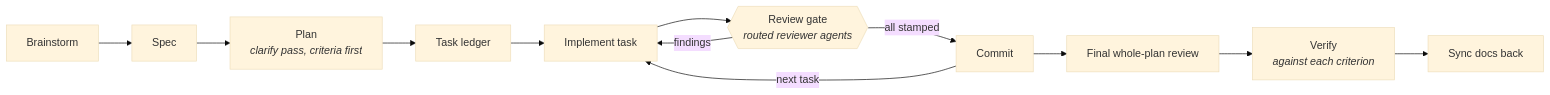
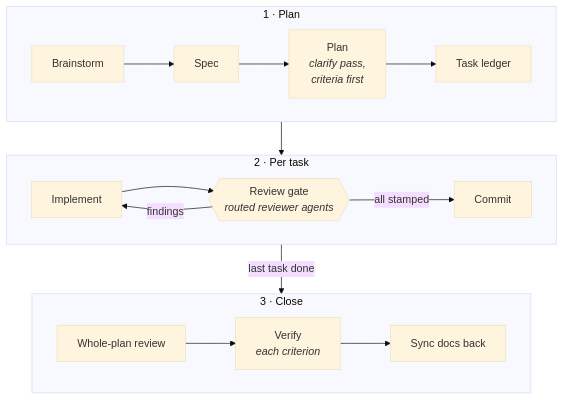
The diagram in README.md (shaked-shlomo/ssdd), drawn with Mermaid (base theme) before and after one commit.

Commit message:
docs(readme): stack the lifecycle diagram in three rows so it reads at page width

````diff
--- a/README.md
+++ b/README.md
@@ -45,10 +45,18 @@
 ```mermaid
-flowchart LR
-    B[Brainstorm] --> S[Spec] --> P["Plan<br/><i>clarify pass, criteria first</i>"] --> L[Task ledger]
-    L --> I[Implement task]
-    I --> G{{"Review gate<br/><i>routed reviewer agents</i>"}}
-    G -- findings --> I
-    G -- all stamped --> C[Commit]
-    C -- next task --> I
-    C --> F[Final whole-plan review] --> V["Verify<br/><i>against each criterion</i>"] --> Y[Sync docs back]
+flowchart TB
+    subgraph plan [" 1 · Plan "]
+        direction LR
+        B[Brainstorm] --> S[Spec] --> P["Plan<br/><i>clarify pass,<br/>criteria first</i>"] --> L[Task ledger]
+    end
+    subgraph task [" 2 · Per task "]
+        direction LR
+        I[Implement] --> G{{"Review gate<br/><i>routed reviewer agents</i>"}}
+        G -- findings --> I
+        G -- all stamped --> C[Commit]
+    end
+    subgraph close [" 3 · Close "]
+        direction LR
+        F[Whole-plan review] --> V["Verify<br/><i>each criterion</i>"] --> Y[Sync docs back]
+    end
+    plan --> task -- last task done --> close
 ```
````
